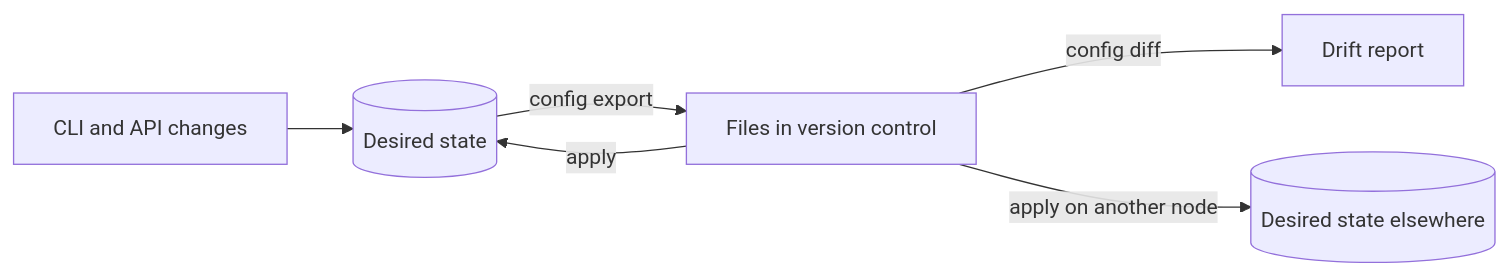
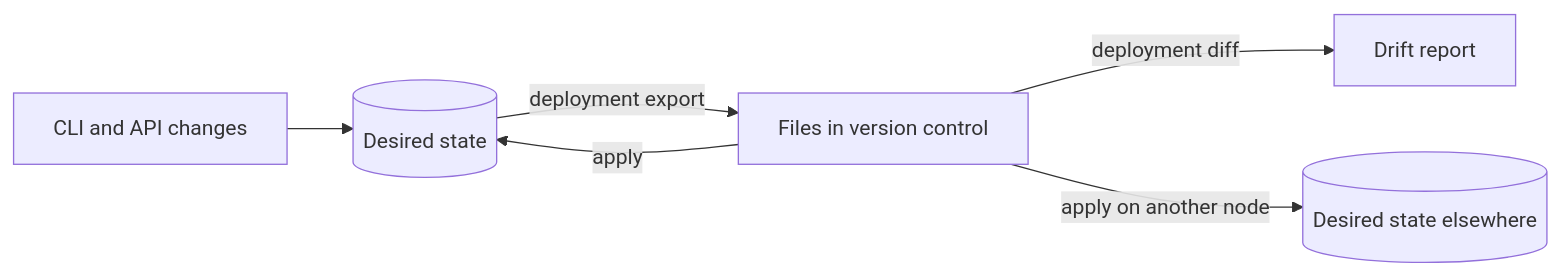
One commit to muruhq/muru changed the second of 2 diagrams in docs/project/design/10-control-plane.md. Above: the diagram before and after it, drawn with Mermaid. The commit also changed other lines of this file and 13 other files, not shown here.

````diff
--- a/docs/project/design/10-control-plane.md
+++ b/docs/project/design/10-control-plane.md
@@ -50,8 +53,8 @@
 ```mermaid
 flowchart LR
   CHG[CLI and API changes] --> DS[(Desired state)]
-  DS -->|config export| F[Files in version control]
-  F -->|config diff| DR[Drift report]
+  DS -->|deployment export| F[Files in version control]
+  F -->|deployment diff| DR[Drift report]
   F -->|apply| DS
   F -->|apply on another node| DS2[(Desired state elsewhere)]
 ```
````
